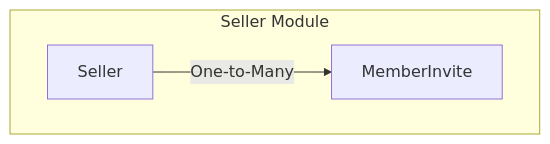
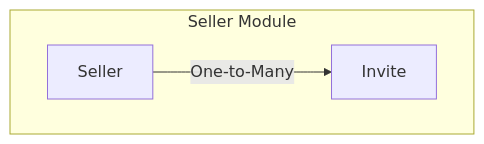
Before and after one commit to rigby-sh/mercur-v2-docs: the third of 3 diagrams in core-concepts/seller.mdx, drawn with Mermaid. The commit also changed other lines of this file and 4 other files, not shown here.

````diff
--- a/core-concepts/seller.mdx
+++ b/core-concepts/seller.mdx
@@ -73,10 +76,10 @@
 ```mermaid
 graph TD
     subgraph SellerModule[Seller Module]
         Seller
-        MemberInvite
+       Invite
     end
 
-    Seller -->|One-to-Many| MemberInvite
+    Seller -->|One-to-Many| Invite
 
 ```
````
